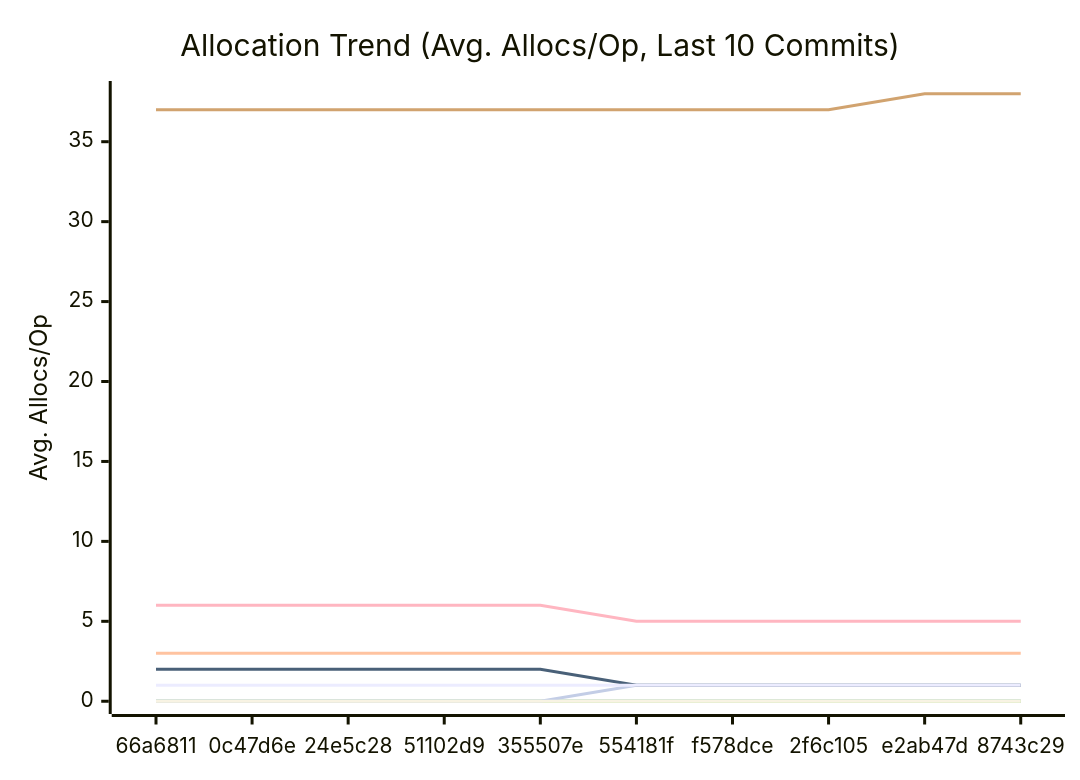
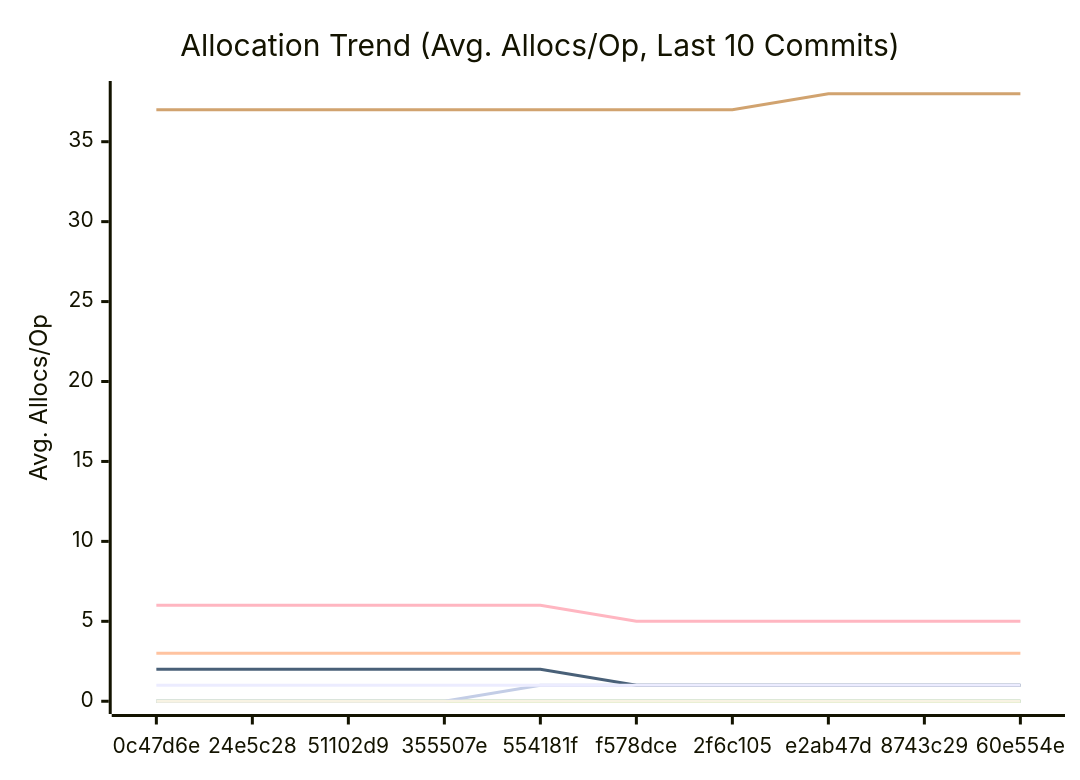
One commit to alsotoes/momo changed the third of 3 diagrams in docs/PERFORMANCE.md. Above: the diagram before and after it, drawn with Mermaid. The commit also changed other lines of this file and 2 other files, not shown here.

````diff
--- a/docs/PERFORMANCE.md
+++ b/docs/PERFORMANCE.md
@@ -176,18 +176,18 @@
 ```mermaid
 xychart-beta
     title "Allocation Trend (Avg. Allocs/Op, Last 10 Commits)"
     x-axis "Commit"
     y-axis "Avg. Allocs/Op"
-    x-axis [66a6811,0c47d6e,24e5c28,51102d9,355507e,554181f,f578dce,2f6c105,e2ab47d,8743c29]
+    x-axis [0c47d6e,24e5c28,51102d9,355507e,554181f,f578dce,2f6c105,e2ab47d,8743c29,60e554e]
     line "CheckMetricsAndSwap" [0,0,0,0,0,0,0,0,0,0]
     line "CrushOptimized" [0,0,0,0,0,0,0,0,0,0]
     line "CrushOriginal" [3,3,3,3,3,3,3,3,3,3]
     line "IndexDirectTracking" [0,0,0,0,0,0,0,0,0,0]
     line "IndexSearch" [0,0,0,0,0,0,0,0,0,0]
-    line "LoadGlobalConfig" [37,37,37,37,37,37,37,37,38,38]
-    line "PadString" [0,0,0,0,0,1,1,1,1,1]
+    line "LoadGlobalConfig" [37,37,37,37,37,37,37,38,38,38]
+    line "PadString" [0,0,0,0,1,1,1,1,1,1]
     line "ParseReplicationOrder_NoPrealloc" [6,6,6,6,6,5,5,5,5,5]
     line "ParseReplicationOrder_Prealloc" [2,2,2,2,2,1,1,1,1,1]
     line "SanitizeLog/Safe" [0,0,0,0,0,0,0,0,0,0]
     line "SanitizeLog/Unsafe" [1,1,1,1,1,1,1,1,1,1]
 ```
````
